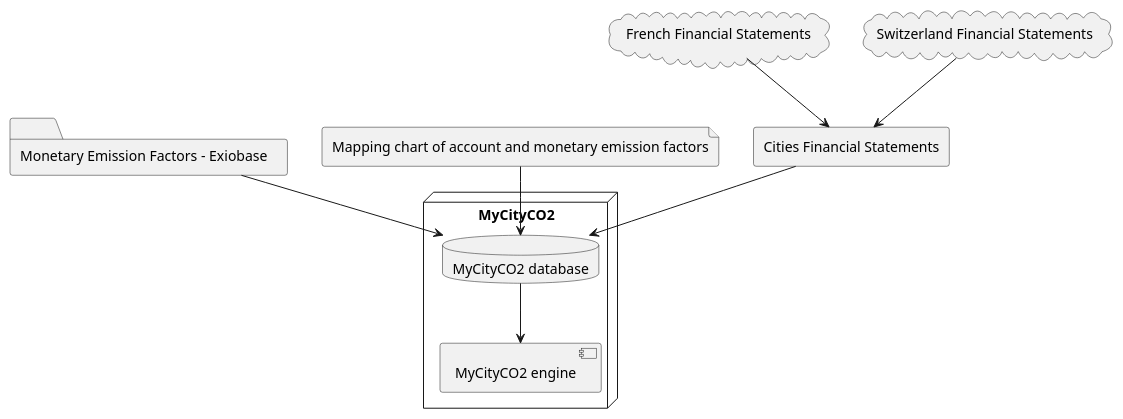
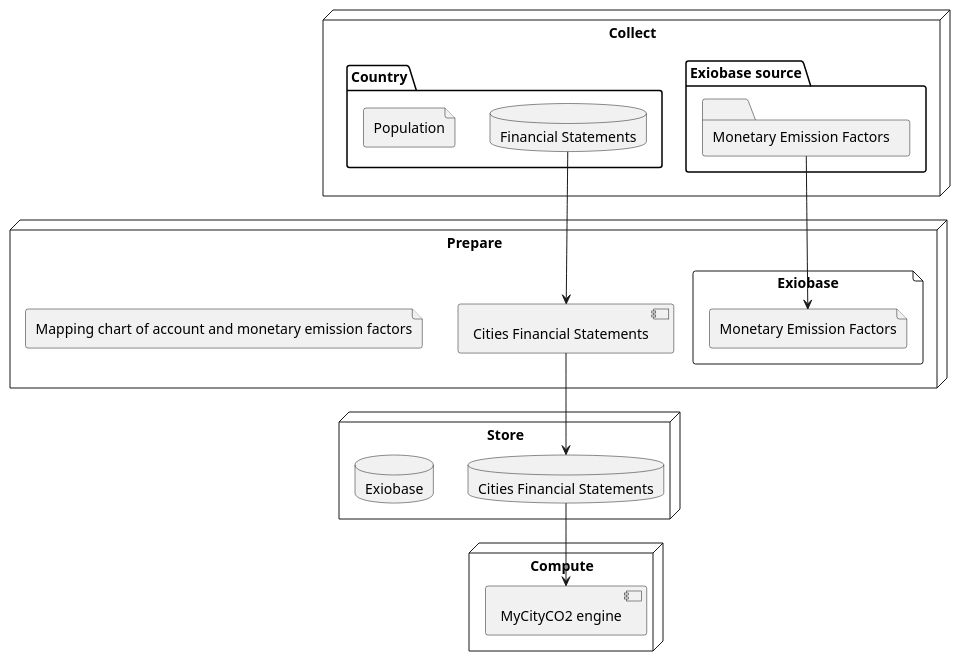
Before and after one commit to MyCityCO2/mycityco2-data: the diagram in datasets/data_pipeline_architecture.puml, drawn with PlantUML. The commit also changed 15 other files, not shown here.

```diff
--- a/datasets/data_pipeline_architecture.puml
+++ b/datasets/data_pipeline_architecture.puml
@@ -1,22 +1,38 @@
-@startuml
+@startuml Data Pipeline Architecture
 
-    folder "Monetary Emission Factors - Exiobase" as exiobase
-    cloud "French Financial Statements" as fr
-    cloud "Switzerland Financial Statements" as ch
-    file "Mapping chart of account and monetary emission factors" as mapping
-    rectangle "Cities Financial Statements" as finance
     
-    node "MyCityCO2" as mycityco2{
-        database "MyCityCO2 database" as database
-        component "MyCityCO2 engine" as engine
+
+    node "Collect" as pip_collect{
+        package "Exiobase source" {
+            folder "Monetary Emission Factors" as coll_exiobase   
+        }
+        package "Country" {
+            database "Financial Statements" as coll_finance
+            file "Population" as coll_population
+
+        }
     }
-    fr --> finance
-    ch --> finance
-    exiobase --> database
-    finance --> database
-    mapping --> database
-    database --> engine
 
+    node "Prepare" as pip_prepare{
+        component "Cities Financial Statements" as prep_finance
+        file "Exiobase"{
+            file "Monetary Emission Factors" as prep_exiobase
+        }
+        file "Mapping chart of account and monetary emission factors" as mapping
+    }
+    
+    node "Store" as pip_store{
+        database "Cities Financial Statements" as store_finance
+        database "Exiobase" as store_exiobase
+    }
 
+    node "Compute" as pip_compute{
+        component "MyCityCO2 engine" as compute_engine
+    }
 
+    coll_finance --> prep_finance
+    prep_finance --> store_finance
+    store_finance --> compute_engine
+
+    coll_exiobase --> prep_exiobase
 @enduml
```
